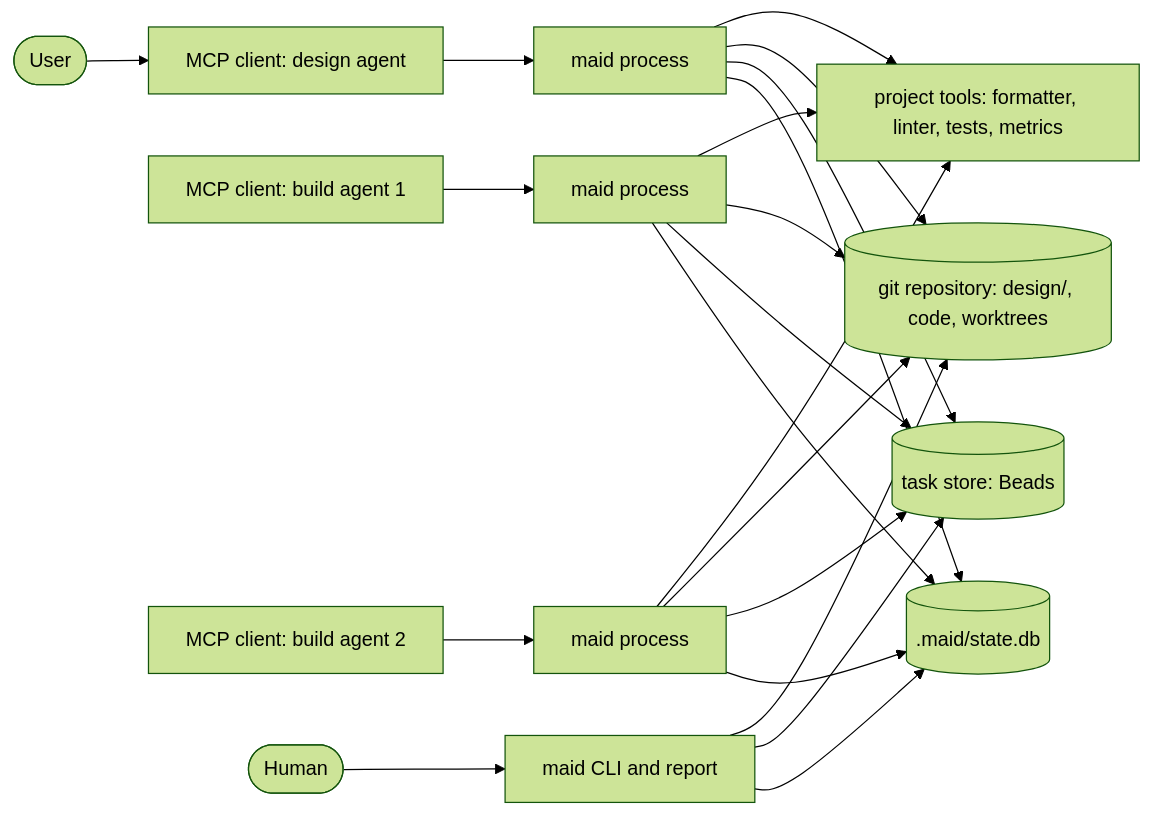
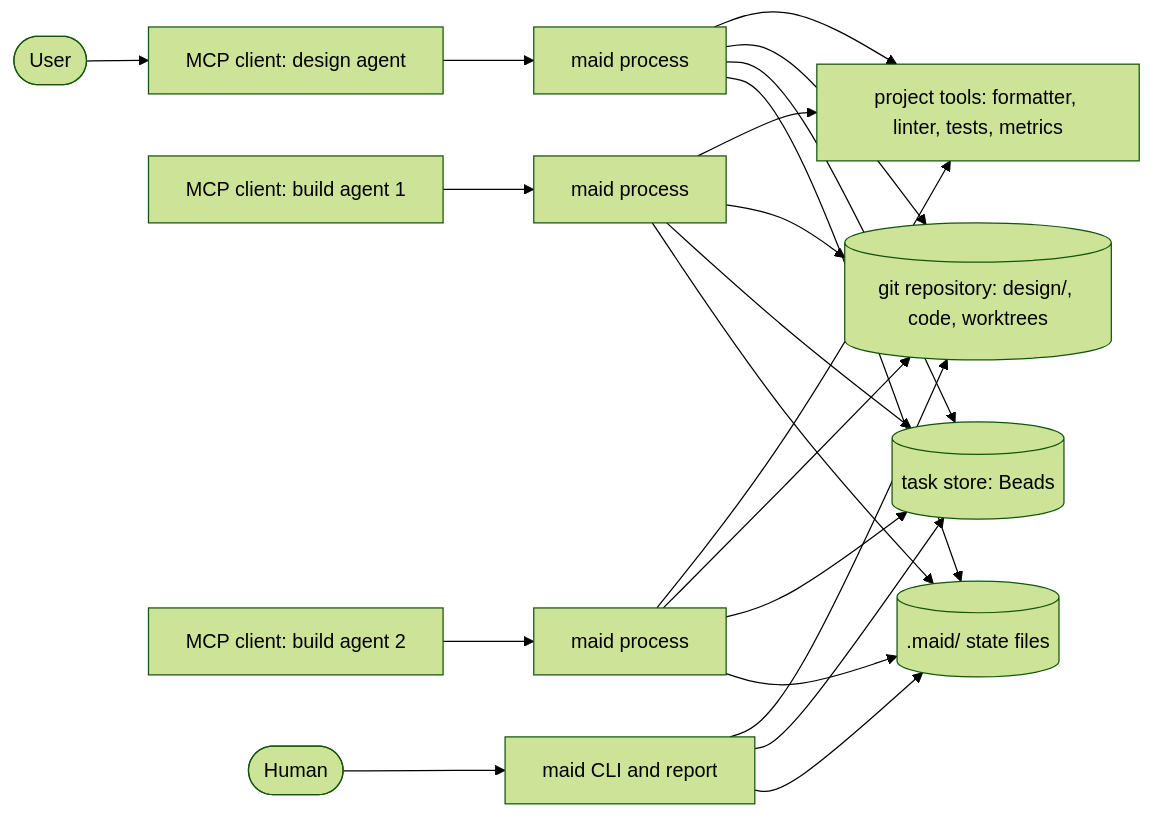
The diagram in design/04-architecture/01-overview.md (consoleillusion/maid), drawn with Mermaid (forest theme) before and after one commit. The commit also changed other lines of this file and 5 other files, not shown here.

First line of the commit message:
docs: record milestone 1 decisions and roadmap

````diff
--- a/design/04-architecture/01-overview.md
+++ b/design/04-architecture/01-overview.md
@@ -19,13 +19,13 @@
 ```mermaid
 flowchart LR
   user([User]) --> client1[MCP client: design agent]
   client1 --> maid1[maid process]
   client2[MCP client: build agent 1] --> maid2[maid process]
   client3[MCP client: build agent 2] --> maid3[maid process]
-  maid1 & maid2 & maid3 --> state[(.maid/state.db)]
+  maid1 & maid2 & maid3 --> state[(.maid/ state files)]
   maid1 & maid2 & maid3 --> tasks[(task store: Beads)]
   maid1 & maid2 & maid3 --> repo[(git repository: design/, code, worktrees)]
   maid1 & maid2 & maid3 --> tools[project tools: formatter, linter, tests, metrics]
   human([Human]) --> cli[maid CLI and report]
   cli --> state & tasks & repo
 ```
````
